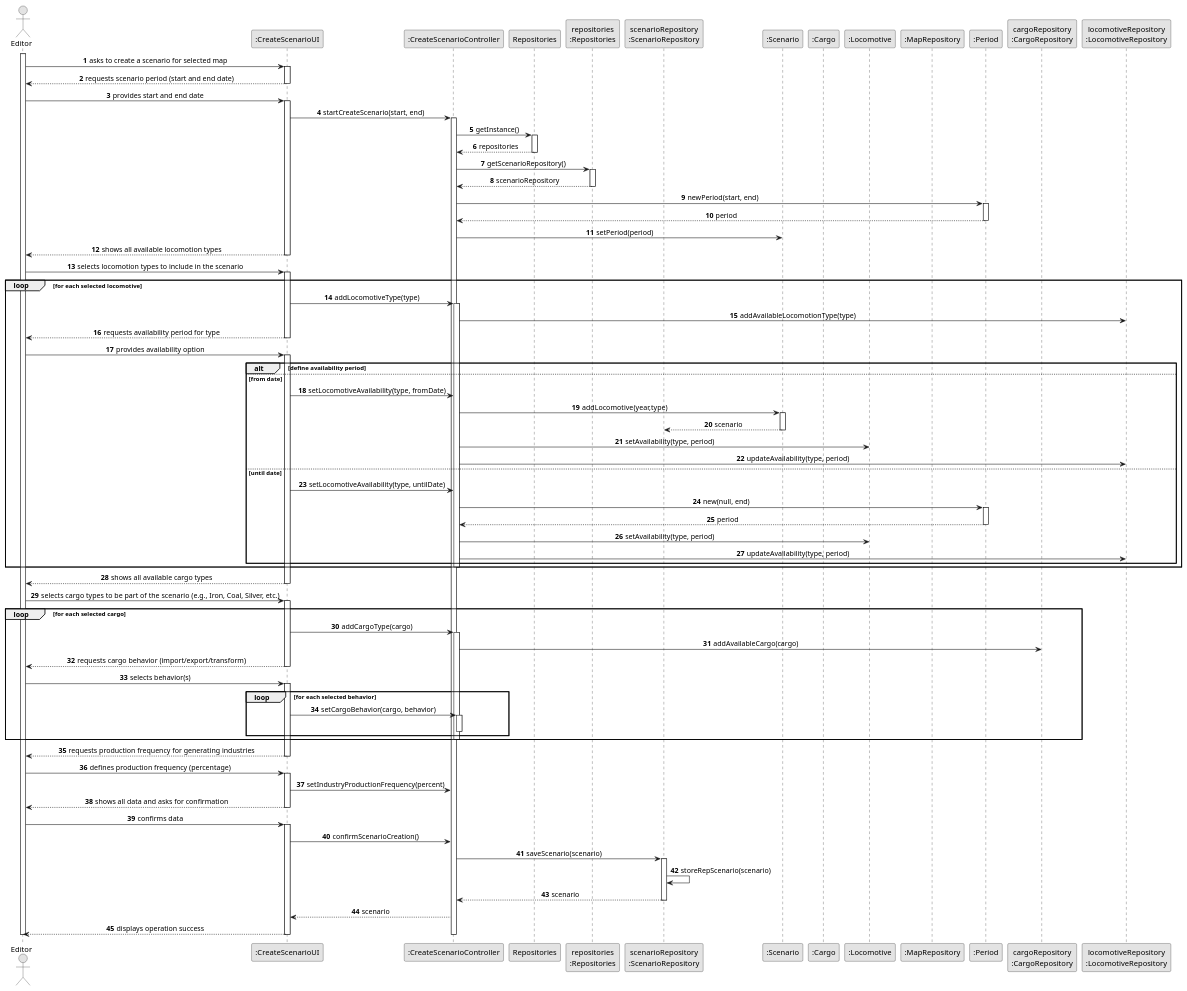
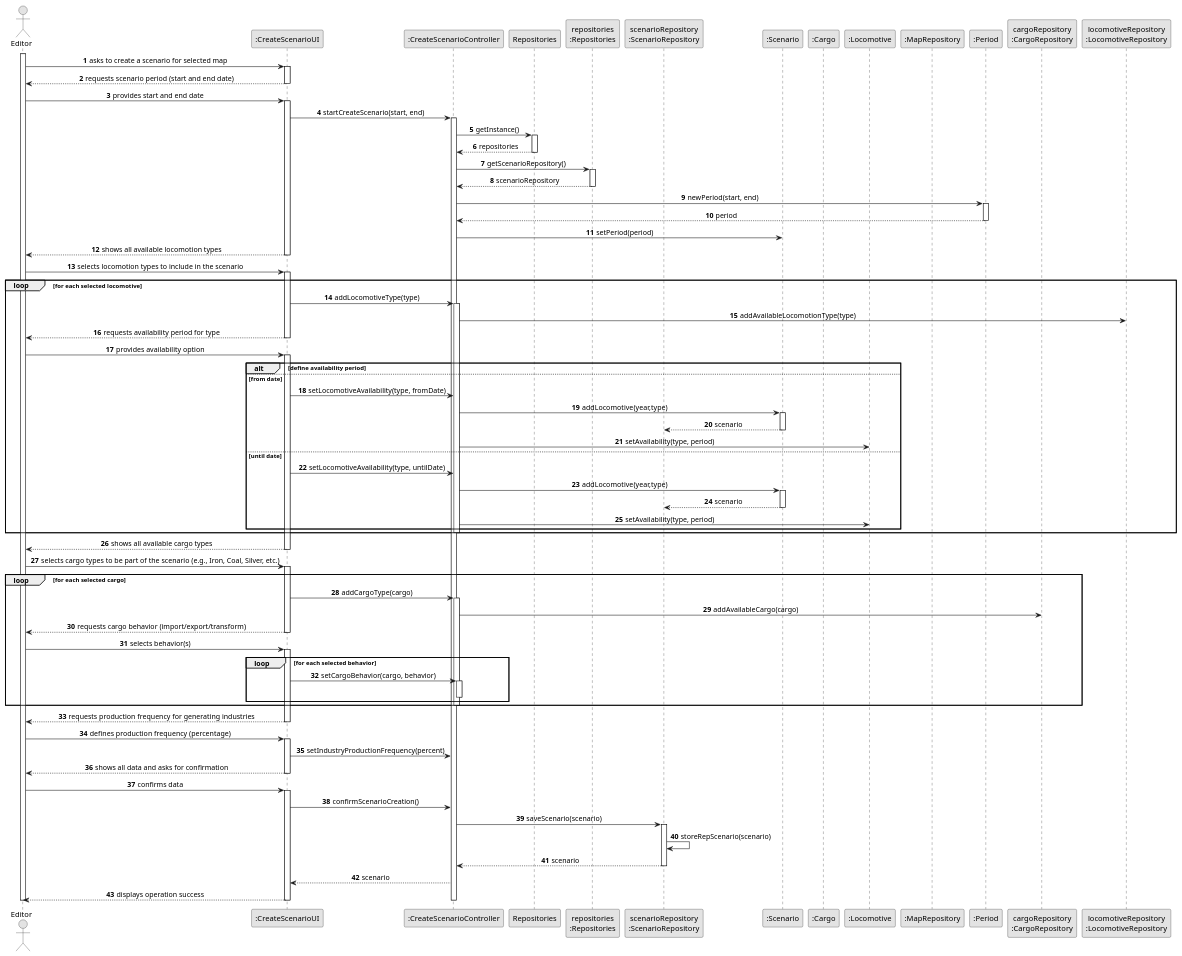
The diagram in docs/system-documentation/US004/03.design/puml/US004-SD-full.puml (1240826/empire-on-tracks), drawn with PlantUML before and after one commit. The commit also changed 26 other files, not shown here.

```diff
--- a/docs/system-documentation/US004/03.design/puml/US004-SD-full.puml
+++ b/docs/system-documentation/US004/03.design/puml/US004-SD-full.puml
@@ -1,146 +1,145 @@
 @startuml
 skinparam monochrome true
 skinparam packageStyle rectangle
 skinparam shadowing false
 skinparam sequenceMessageAlign center
 
 autonumber
 
 actor "Editor" as Editor
 participant ":CreateScenarioUI" as UI
 participant ":CreateScenarioController" as Controller
 participant "Repositories" as REPOS
 participant "repositories\n:Repositories" as REPOS_SINGLETON
 participant "scenarioRepository\n:ScenarioRepository" as SCENARIO_REPO
 participant ":Scenario" as Scenario
 participant ":Cargo" as Cargo
 participant ":Locomotive" as Locomotive
 participant ":MapRepository" as MapRepo
 participant ":Period" as Period
 participant "cargoRepository\n:CargoRepository" as CargoRepo
 participant "locomotiveRepository\n:LocomotiveRepository" as LocoRepo
 
 activate Editor
 
 Editor -> UI : asks to create a scenario for selected map
 activate UI
 UI --> Editor : requests scenario period (start and end date)
 deactivate UI
 
 Editor -> UI: provides start and end date
 activate UI
 UI -> Controller : startCreateScenario(start, end)
 activate Controller
 
 Controller -> REPOS : getInstance()
 activate REPOS
 REPOS --> Controller : repositories
 deactivate REPOS
 
 
 Controller -> REPOS_SINGLETON : getScenarioRepository()
 activate REPOS_SINGLETON
 REPOS_SINGLETON --> Controller : scenarioRepository
 deactivate REPOS_SINGLETON
 
 Controller -> Period : newPeriod(start, end)
 activate Period
 Period --> Controller : period
 deactivate Period
 Controller -> Scenario : setPeriod(period)
 deactivate REPOS_SINGLETON
 
 UI --> Editor : shows all available locomotion types
 deactivate UI
 
 Editor -> UI : selects locomotion types to include in the scenario
 activate UI
 
 loop for each selected locomotive
     UI -> Controller : addLocomotiveType(type)
     activate Controller
     Controller -> LocoRepo : addAvailableLocomotionType(type)
 
 
         UI --> Editor : requests availability period for type
         deactivate UI
         Editor -> UI : provides availability option
         activate UI
 
         alt define availability period
         else from date
             UI -> Controller : setLocomotiveAvailability(type, fromDate)
             Controller -> Scenario : addLocomotive(year,type)
             activate Scenario
             Scenario --> SCENARIO_REPO: scenario
             deactivate
             Controller -> Locomotive : setAvailability(type, period)
-            Controller -> LocoRepo : updateAvailability(type, period)
             deactivate Period
 
         else until date
             UI -> Controller : setLocomotiveAvailability(type, untilDate)
-            Controller -> Period : new(null, end)
-            activate Period
-            Period --> Controller : period
+            Controller -> Scenario : addLocomotive(year,type)
+                        activate Scenario
+                        Scenario --> SCENARIO_REPO: scenario
+                        deactivate
             deactivate Period
             Controller -> Locomotive : setAvailability(type, period)
-            Controller -> LocoRepo : updateAvailability(type, period)
             deactivate Period
     end
     deactivate Controller
 end
 
 UI --> Editor : shows all available cargo types
 deactivate UI
 
 Editor -> UI : selects cargo types to be part of the scenario (e.g., Iron, Coal, Silver, etc.)
 activate UI
 
 loop for each selected cargo
     UI -> Controller : addCargoType(cargo)
     activate Controller
     Controller -> CargoRepo : addAvailableCargo(cargo)
 
     UI --> Editor : requests cargo behavior (import/export/transform)
     deactivate UI
     Editor -> UI : selects behavior(s)
     activate UI
 
     loop for each selected behavior
         UI -> Controller : setCargoBehavior(cargo, behavior)
         activate Controller
         deactivate Controller
     end
     deactivate Controller
 end
 
 UI --> Editor : requests production frequency for generating industries
 deactivate UI
 Editor -> UI : defines production frequency (percentage)
 activate UI
 UI -> Controller : setIndustryProductionFrequency(percent)
 
 UI --> Editor : shows all data and asks for confirmation
 deactivate UI
 Editor -> UI : confirms data
 activate UI
 UI -> Controller : confirmScenarioCreation()
 
 
 Controller -> SCENARIO_REPO : saveScenario(scenario)
 activate SCENARIO_REPO
 SCENARIO_REPO -> SCENARIO_REPO : storeRepScenario(scenario)
 SCENARIO_REPO --> Controller : scenario
 deactivate SCENARIO_REPO
 
 Controller --> UI : scenario
 UI --> Editor : displays operation success
 
 deactivate SCENARIO_REPO
 deactivate MapRepo
 deactivate REPOS
 deactivate Controller
 deactivate UI
 deactivate Editor
 @enduml
```
